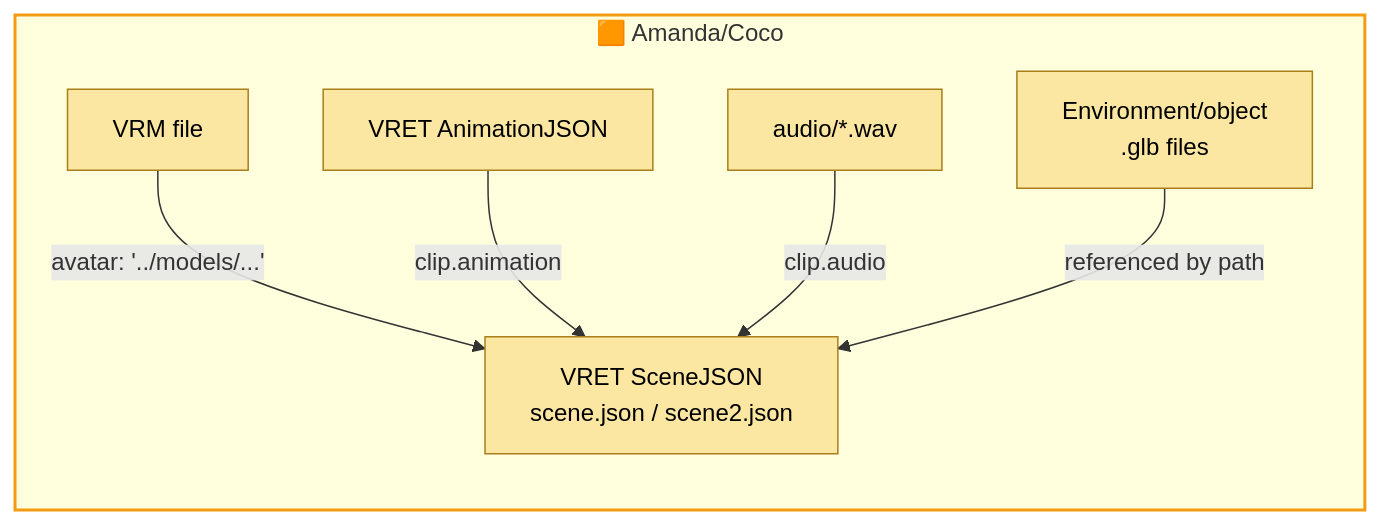
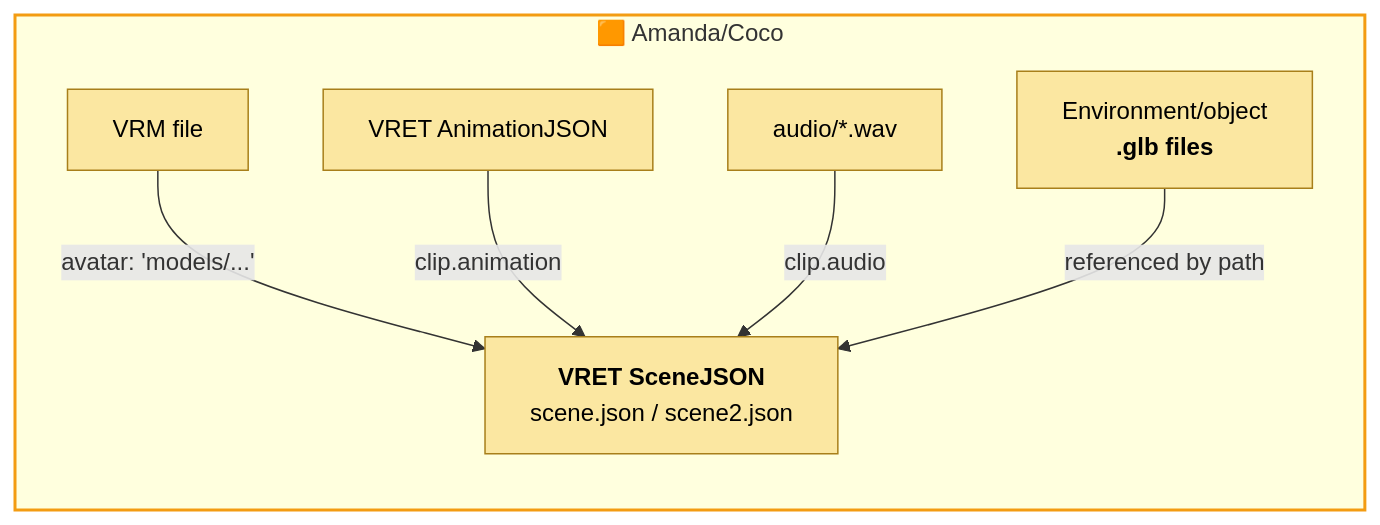
Before and after one commit to SBU-VRET/VRET-Project: the sixth of 8 diagrams in docs/TECH_PIPELINE.md, drawn with Mermaid. The commit also changed other lines of this file and 7 other files, not shown here.

````diff
--- a/docs/TECH_PIPELINE.md
+++ b/docs/TECH_PIPELINE.md
@@ -180,13 +183,13 @@
 ```mermaid
 flowchart LR
     subgraph S5["🟧 Amanda/Coco"]
-    VRM["VRM file"] -->|"avatar: '../models/...'"| SceneJSON["VRET SceneJSON<br/>scene.json / scene2.json"]
+    VRM["VRM file"] -->|"avatar: 'models/...'"| SceneJSON["<b>VRET SceneJSON</b><br/>scene.json / scene2.json"]
     RuntimeJSON["VRET AnimationJSON"] -->|"clip.animation"| SceneJSON
     WAV["audio/*.wav"] -->|"clip.audio"| SceneJSON
-    GLB["Environment/object<br/>.glb files"] -->|"referenced by path"| SceneJSON
+    GLB["Environment/object<br/><b>.glb files</b>"] -->|"referenced by path"| SceneJSON
     end
 
     style S5 stroke:#F39C12,stroke-width:2px
     classDef artifact fill:#fbe7a1,stroke:#a87f1a,stroke-width:1px,color:#000;
     class VRM,SceneJSON,RuntimeJSON,WAV,GLB artifact
 ```
````
